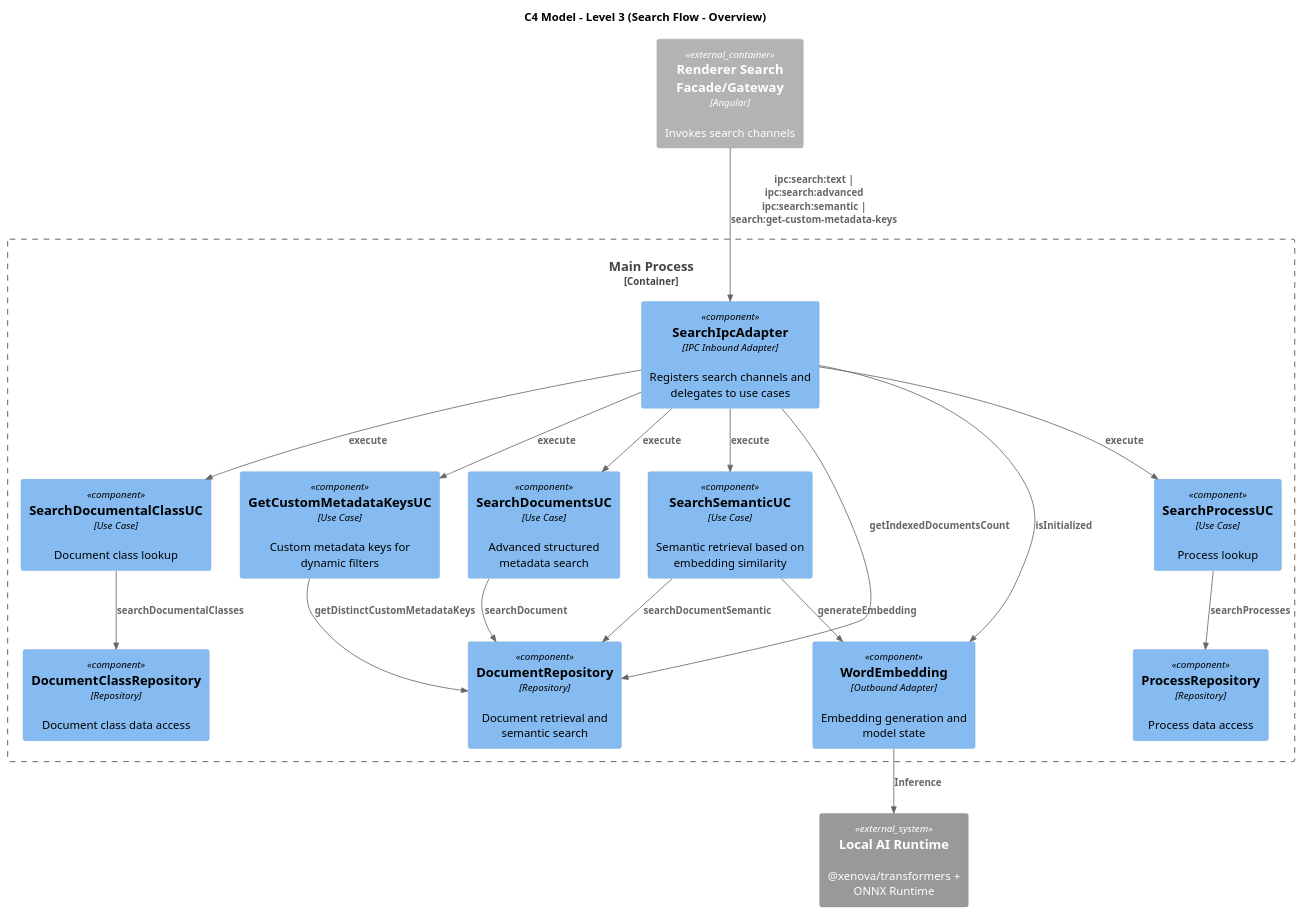
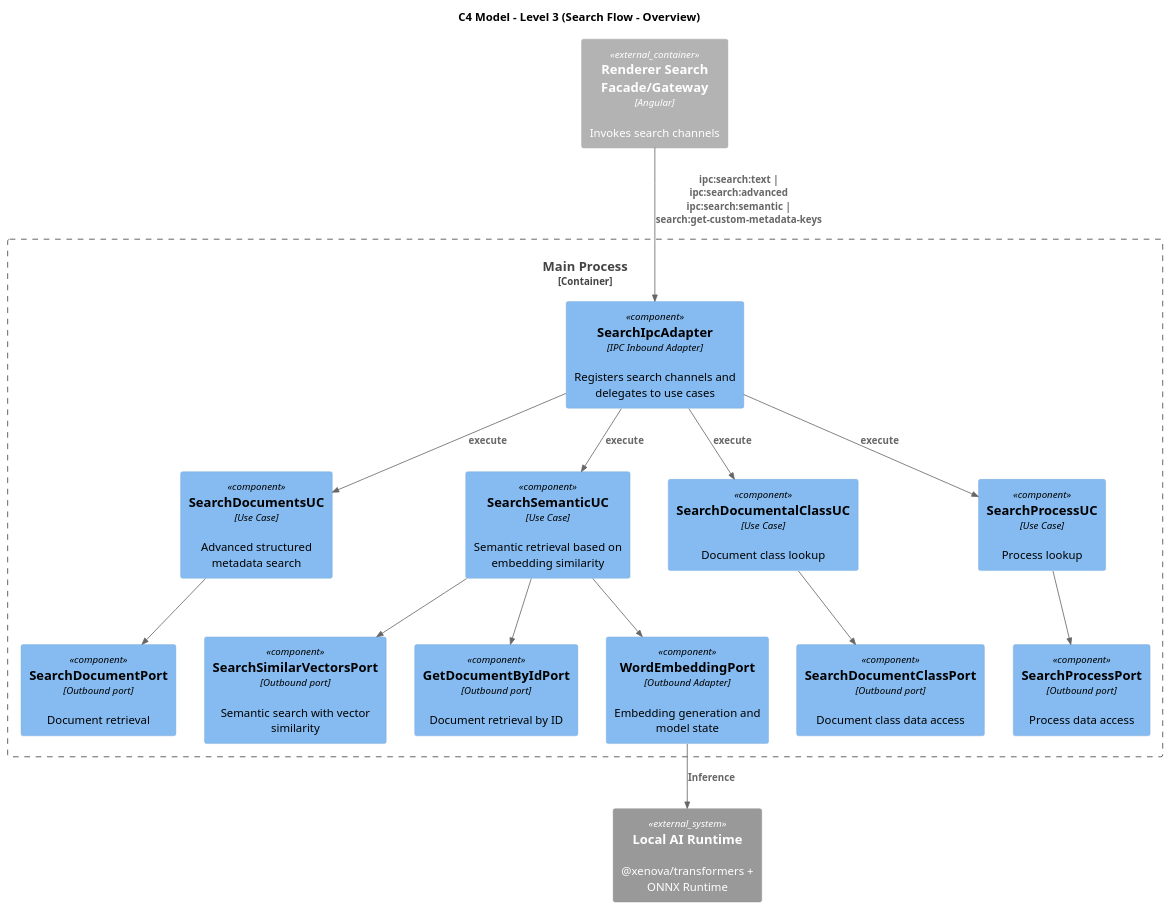
Before and after one commit to 7-ZPUs/Docs: the first of 2 diagrams in 3_PB/DocumentiEsterni/DiagrammiSpecificaTecnica/generated_/architecture/c1-c3/C3-main-search-flow.puml, drawn with PlantUML. The commit also changed other lines of this file and 20 other files, not shown here.

```diff
--- a/3_PB/DocumentiEsterni/DiagrammiSpecificaTecnica/generated_/architecture/c1-c3/C3-main-search-flow.puml
+++ b/3_PB/DocumentiEsterni/DiagrammiSpecificaTecnica/generated_/architecture/c1-c3/C3-main-search-flow.puml
@@ -1,43 +1,42 @@
 @startuml C3_Main_Search_Flow_No_Repos
 !includeurl https://raw.githubusercontent.com/plantuml-stdlib/C4-PlantUML/master/C4_Component.puml
 
 title C4 Model - Level 3 (Search Flow - Overview)
 
+skinparam linetype straight
+
 Container_Boundary(main_container, "Main Process") {
   Component(search_ipc, "SearchIpcAdapter", "IPC Inbound Adapter", "Registers search channels and delegates to use cases")
-
   Component(search_docs_uc, "SearchDocumentsUC", "Use Case", "Advanced structured metadata search")
   Component(search_semantic_uc, "SearchSemanticUC", "Use Case", "Semantic retrieval based on embedding similarity")
   Component(search_class_uc, "SearchDocumentalClassUC", "Use Case", "Document class lookup")
   Component(search_process_uc, "SearchProcessUC", "Use Case", "Process lookup")
-  Component(custom_keys_uc, "GetCustomMetadataKeysUC", "Use Case", "Custom metadata keys for dynamic filters")
 
-  Component(doc_repo, "DocumentRepository", "Repository", "Document retrieval and semantic search")
-  Component(doc_class_repo, "DocumentClassRepository", "Repository", "Document class data access")
-  Component(process_repo, "ProcessRepository", "Repository", "Process data access")
-  Component(word_embedding, "WordEmbedding", "Outbound Adapter", "Embedding generation and model state")
+  Component(semantic_search, "SearchSimilarVectorsPort", "Outbound port", "Semantic search with vector similarity")
+  Component(doc_get_by_id, "GetDocumentByIdPort", "Outbound port", "Document retrieval by ID")
+  Component(doc_repo, "SearchDocumentPort", "Outbound port", "Document retrieval")
+  Component(doc_class_repo, "SearchDocumentClassPort", "Outbound port", "Document class data access")
+  Component(process_repo, "SearchProcessPort", "Outbound port", "Process data access")
+  Component(word_embedding, "WordEmbeddingPort", "Outbound Adapter", "Embedding generation and model state")
 }
 
 Container_Ext(renderer, "Renderer Search Facade/Gateway", "Angular", "Invokes search channels")
 System_Ext(ai_runtime, "Local AI Runtime", "@xenova/transformers + ONNX Runtime")
 
 Rel(renderer, search_ipc, "ipc:search:text | ipc:search:advanced\nipc:search:semantic | search:get-custom-metadata-keys")
 
 Rel(search_ipc, search_docs_uc, "execute")
 Rel(search_ipc, search_semantic_uc, "execute")
 Rel(search_ipc, search_class_uc, "execute")
 Rel(search_ipc, search_process_uc, "execute")
-Rel(search_ipc, custom_keys_uc, "execute")
-Rel(search_ipc, word_embedding, "isInitialized")
-Rel(search_ipc, doc_repo, "getIndexedDocumentsCount")
 
-Rel(search_docs_uc, doc_repo, "searchDocument")
-Rel(search_semantic_uc, word_embedding, "generateEmbedding")
-Rel(search_semantic_uc, doc_repo, "searchDocumentSemantic")
-Rel(search_class_uc, doc_class_repo, "searchDocumentalClasses")
-Rel(search_process_uc, process_repo, "searchProcesses")
-Rel(custom_keys_uc, doc_repo, "getDistinctCustomMetadataKeys")
+Rel(search_docs_uc, doc_repo, "")
+Rel(search_semantic_uc, word_embedding, "")
+Rel(search_semantic_uc, doc_get_by_id, "")
+Rel(search_semantic_uc, semantic_search, "")
+Rel(search_class_uc, doc_class_repo, "")
+Rel(search_process_uc, process_repo, "")
 
 Rel(word_embedding, ai_runtime, "Inference")
 
 @enduml
```
